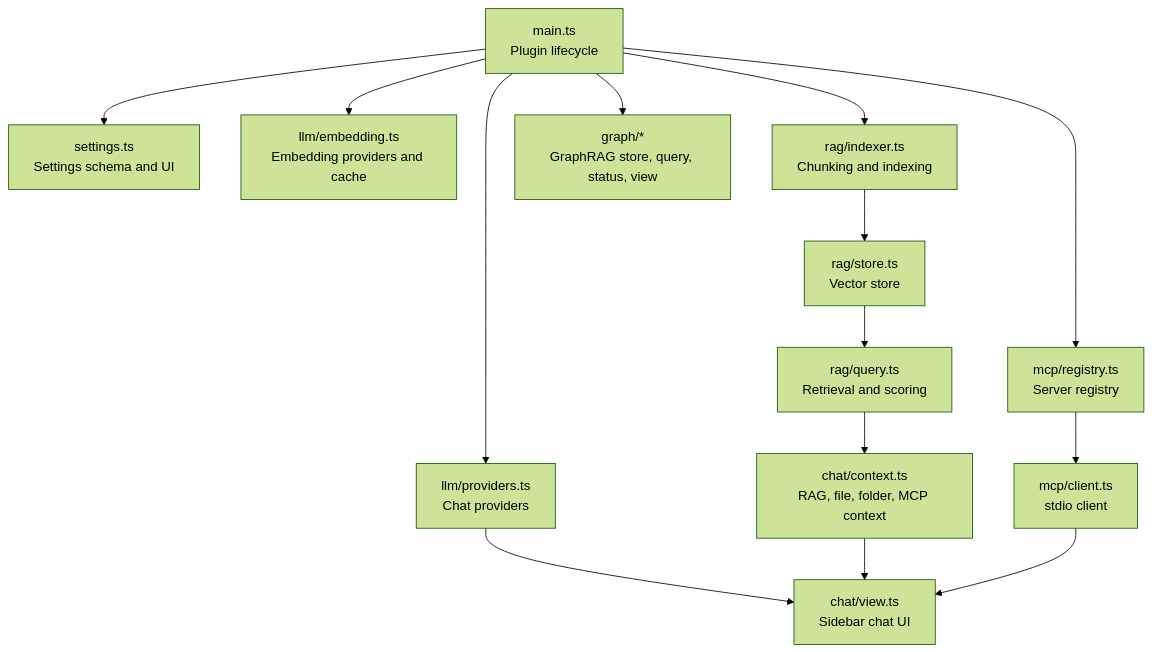
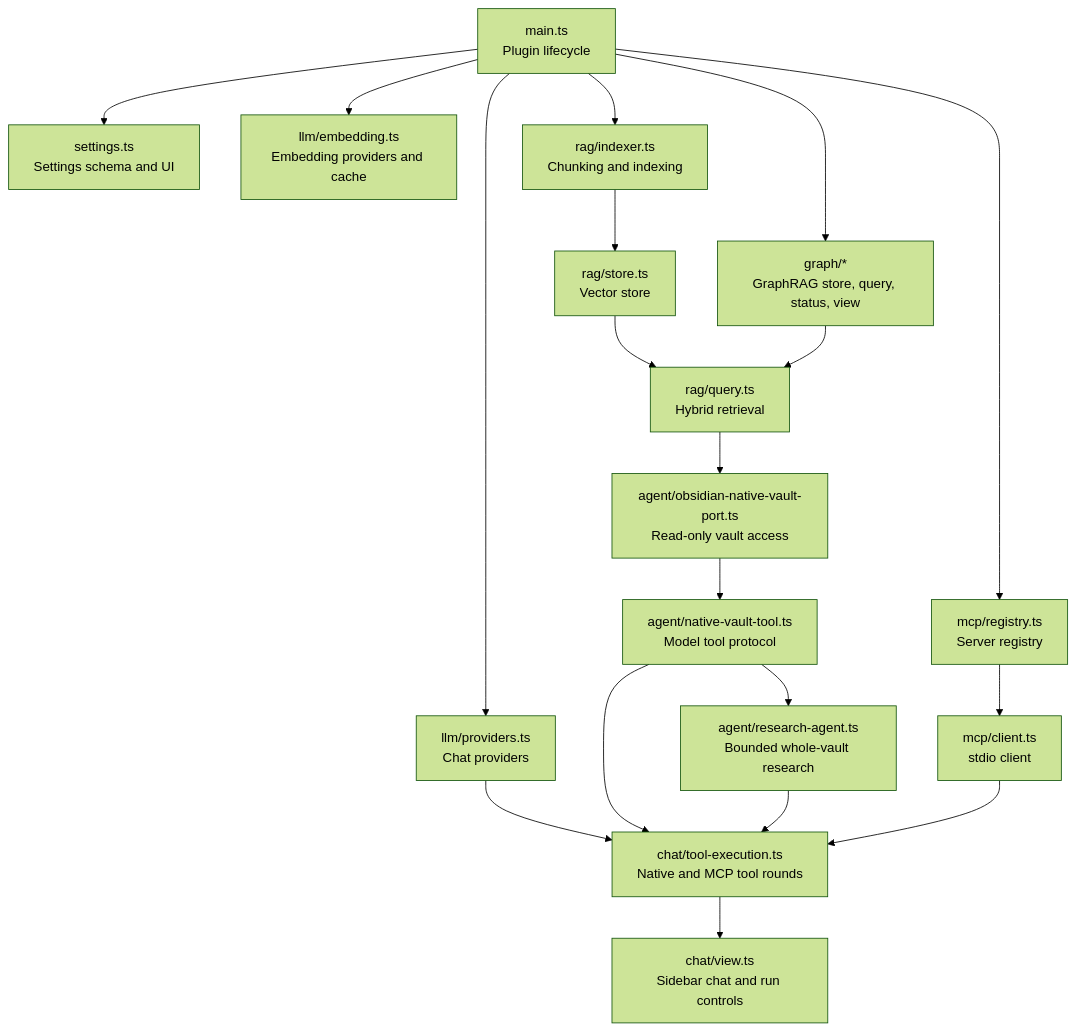
The second of 2 diagrams in docs/README_FOR_DEV.md (magnitus99/Superpower-Inside), drawn with Mermaid (forest theme) before and after one commit. The commit also changed other lines of this file and 1 other file, not shown here.

First line of the commit message:
docs: align development guide with 2.0 research agent

````diff
--- a/docs/README_FOR_DEV.md
+++ b/docs/README_FOR_DEV.md
@@ -96,16 +96,21 @@
 ```mermaid
 flowchart TD
     A["main.ts<br/>Plugin lifecycle"] --> B["settings.ts<br/>Settings schema and UI"]
     A --> C["llm/providers.ts<br/>Chat providers"]
     A --> D["llm/embedding.ts<br/>Embedding providers and cache"]
     A --> E["rag/indexer.ts<br/>Chunking and indexing"]
     E --> F["rag/store.ts<br/>Vector store"]
-    F --> G["rag/query.ts<br/>Retrieval and scoring"]
-    G --> H["chat/context.ts<br/>RAG, file, folder, MCP context"]
-    C --> I["chat/view.ts<br/>Sidebar chat UI"]
-    H --> I
-    A --> J["mcp/registry.ts<br/>Server registry"]
-    J --> K["mcp/client.ts<br/>stdio client"]
-    K --> I
-    A --> L["graph/*<br/>GraphRAG store, query, status, view"]
+    F --> G["rag/query.ts<br/>Hybrid retrieval"]
+    G --> H["agent/obsidian-native-vault-port.ts<br/>Read-only vault access"]
+    H --> I["agent/native-vault-tool.ts<br/>Model tool protocol"]
+    I --> J["agent/research-agent.ts<br/>Bounded whole-vault research"]
+    C --> K["chat/tool-execution.ts<br/>Native and MCP tool rounds"]
+    I --> K
+    J --> K
+    K --> L["chat/view.ts<br/>Sidebar chat and run controls"]
+    A --> M["mcp/registry.ts<br/>Server registry"]
+    M --> N["mcp/client.ts<br/>stdio client"]
+    N --> K
+    A --> O["graph/*<br/>GraphRAG store, query, status, view"]
+    O --> G
 ```
````
